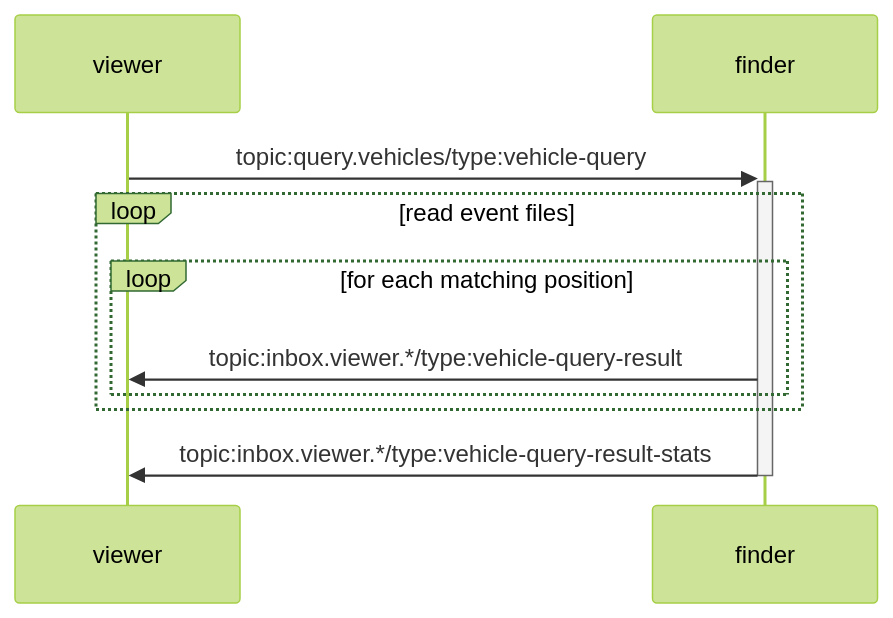
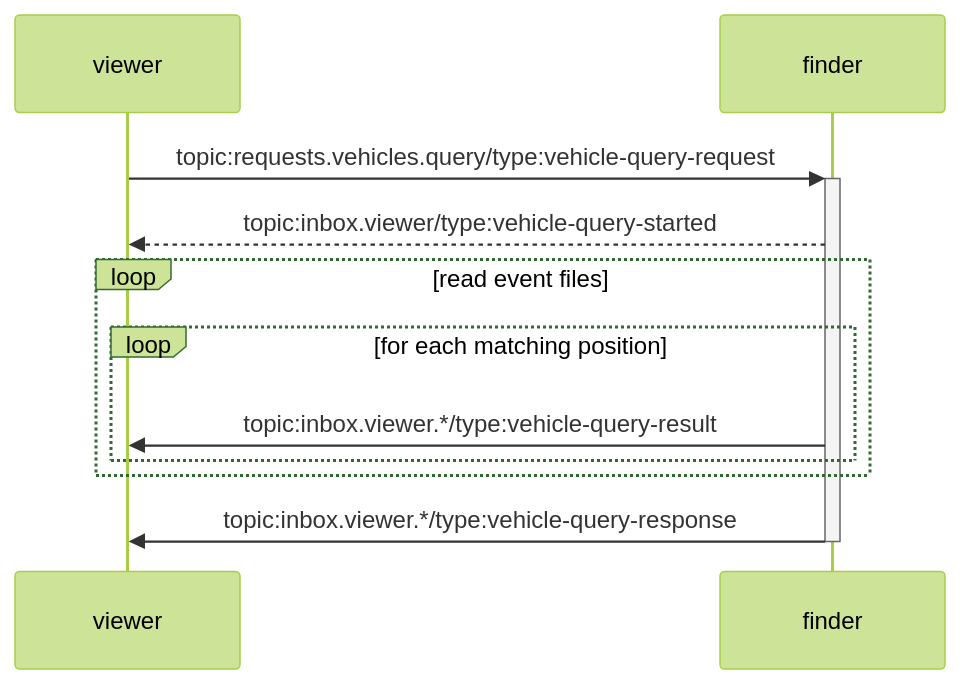
One commit to livetocode/vehicle-fleet-poc changed the second of 3 diagrams in README.md. Above: the diagram before and after it, drawn with Mermaid (forest theme). The commit also changed other lines of this file and 6 other files, not shown here.

````diff
--- a/README.md
+++ b/README.md
@@ -118,10 +152,11 @@
 ```mermaid
 sequenceDiagram
-    viewer ->>+ finder: topic:query.vehicles/type:vehicle-query
+    viewer ->>+ finder: topic:requests.vehicles.query/type:vehicle-query-request
+    finder -->> viewer: topic:inbox.viewer/type:vehicle-query-started
     loop read event files
         loop for each matching position
             finder ->> viewer: topic:inbox.viewer.*/type:vehicle-query-result
         end
     end
-    finder ->>- viewer: topic:inbox.viewer.*/type:vehicle-query-result-stats
+    finder ->>- viewer: topic:inbox.viewer.*/type:vehicle-query-response
 ```
````
